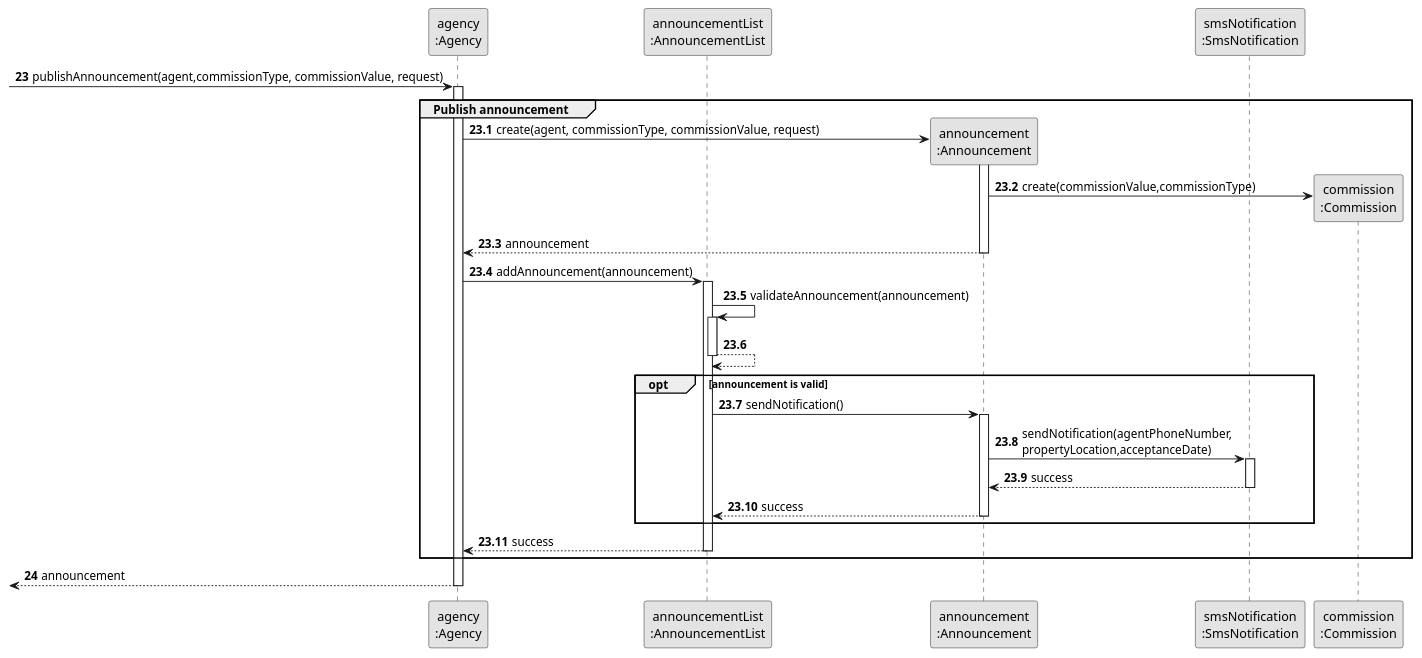
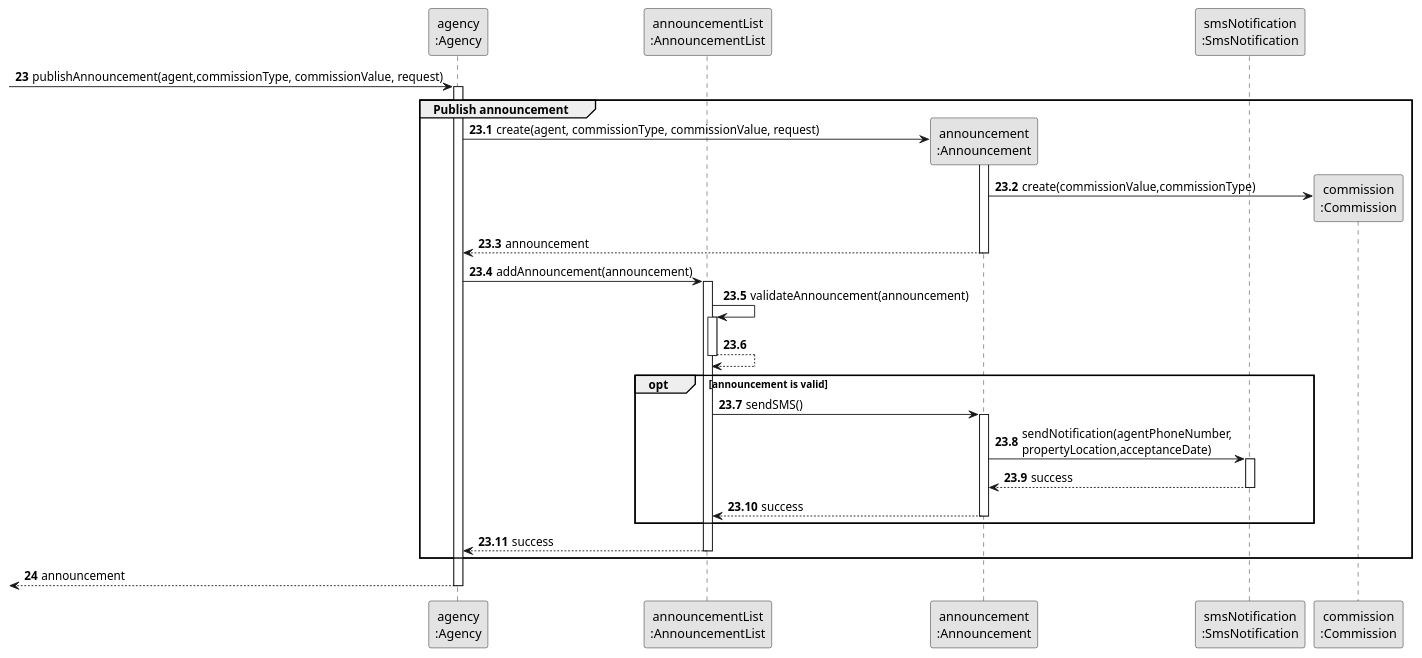
One commit to rita-barbosa/LAPR2-2223 changed the diagram in docs/sprintD/us002/03.design/puml/us002-sequence-diagram-partial-publish-announcement.puml. Above: the diagram before and after it, drawn with PlantUML. The commit also changed 1 other file, not shown here.

Commit message:
Update sequence diagram & class diagram: rename method [US002][Design]

```diff
--- a/docs/sprintD/us002/03.design/puml/us002-sequence-diagram-partial-publish-announcement.puml
+++ b/docs/sprintD/us002/03.design/puml/us002-sequence-diagram-partial-publish-announcement.puml
@@ -1,63 +1,63 @@
 @startuml
 skinparam monochrome true
 skinparam packageStyle rectangle
 skinparam shadowing false\
 
 
 participant "agency\n:Agency" as AGENCY
 participant "announcementList\n:AnnouncementList" as ADList
 participant "announcement\n:Announcement" as AD
 participant "smsNotification\n:SmsNotification" as SMSNOT
 participant "commission\n:Commission" as COMMISSION
 
 autonumber 23
 
              -> AGENCY : publishAnnouncement(agent,commissionType, commissionValue, request)
              activate AGENCY
 
 autonumber 23.1
 
     group Publish announcement
 
 
                 AGENCY -> AD**: create(agent, commissionType, commissionValue, request)
                 activate AD
 
                 AD -> COMMISSION** : create(commissionValue,commissionType)
 
                 AD --> AGENCY : announcement
                 deactivate AD
 
                 AGENCY -> ADList: addAnnouncement(announcement)
                 activate ADList
 
                 ADList -> ADList: validateAnnouncement(announcement)
                 activate ADList
 
                 ADList --> ADList
                 deactivate ADList
 
                 opt  announcement is valid
-                ADList -> AD : sendNotification()
+                ADList -> AD : sendSMS()
                 activate AD
 
                 AD -> SMSNOT : sendNotification(agentPhoneNumber, \npropertyLocation,acceptanceDate)
                 activate SMSNOT
 
                 SMSNOT --> AD: success
                 deactivate SMSNOT
 
                 AD --> ADList : success
                 deactivate AD
                 end opt
 
                 ADList --> AGENCY : success
                 deactivate  ADList
     end
 
 autonumber 24
 
     <-- AGENCY : announcement
     deactivate AGENCY
 
 @enduml
```
